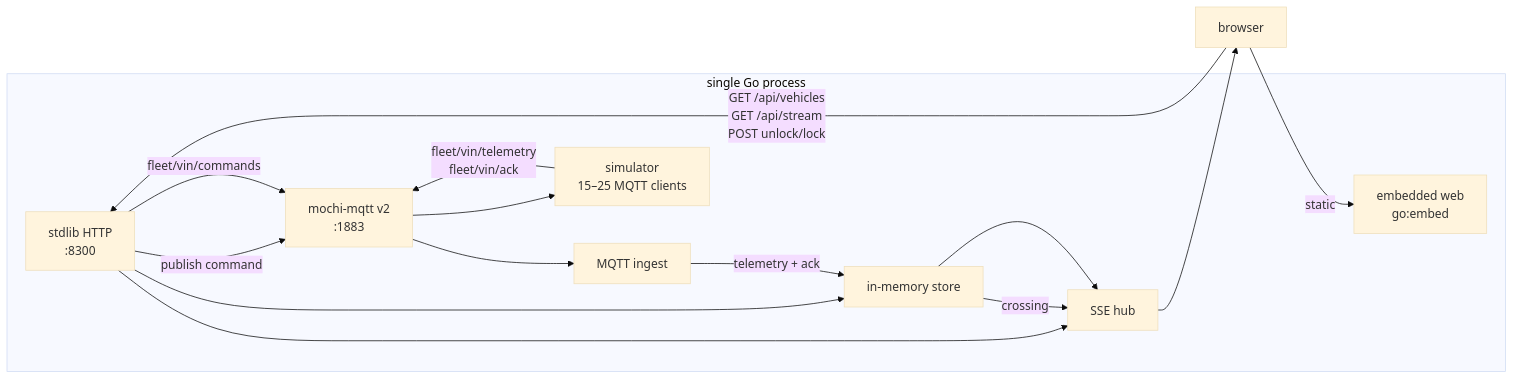
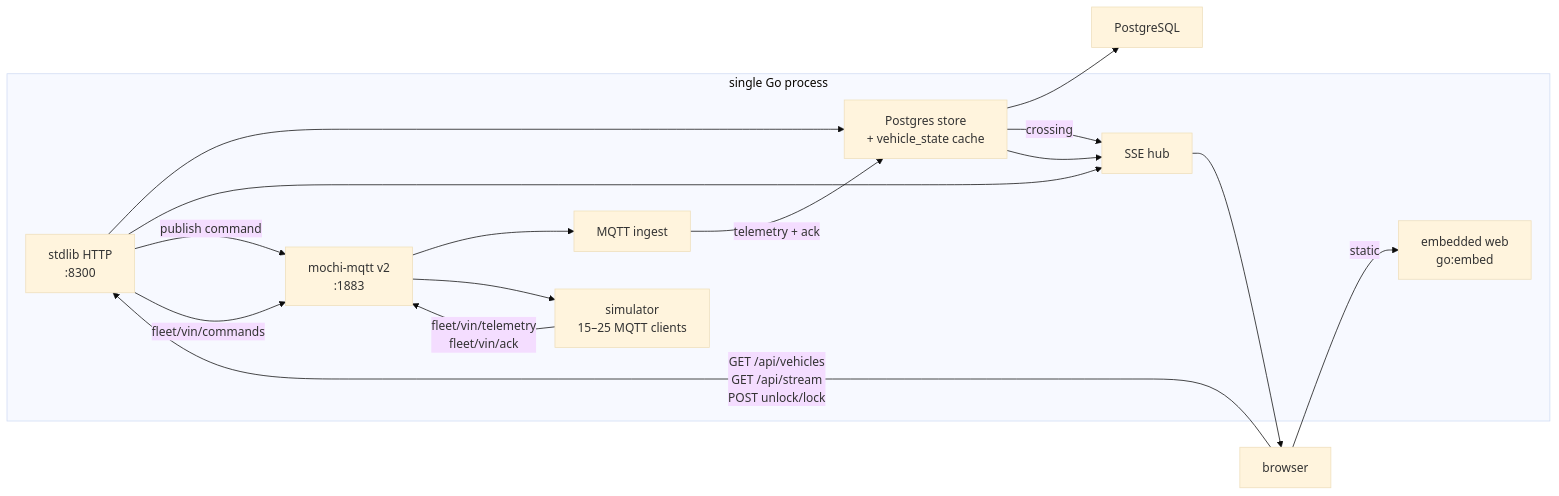
Before and after one commit to leohteixeira/fleet-pulse: the diagram in README.md, drawn with Mermaid (base theme). The commit also changed other lines of this file and 2 other files, not shown here.

Commit message:
docs: document postgres store and story 1

````diff
--- a/README.md
+++ b/README.md
@@ -21,25 +31,27 @@
 ```mermaid
 flowchart LR
   subgraph process["single Go process"]
     HTTP["stdlib HTTP\n:8300"]
     SSE["SSE hub"]
-    Store["in-memory store"]
+    Store["Postgres store\n+ vehicle_state cache"]
     Ingest["MQTT ingest"]
     Broker["mochi-mqtt v2\n:1883"]
     Sim["simulator\n15–25 MQTT clients"]
     UI["embedded web\ngo:embed"]
   end
+  PG["PostgreSQL"]
   Browser["browser"] -->|GET /api/vehicles\nGET /api/stream\nPOST unlock/lock| HTTP
   Browser -->|static| UI
   HTTP --> Store
+  Store --> PG
   HTTP --> SSE
   HTTP -->|publish command| Broker
   Ingest -->|telemetry + ack| Store
   Store -->|crossing| SSE
   Store --> SSE
   SSE --> Browser
   Sim -->|fleet/vin/telemetry\nfleet/vin/ack| Broker
   Broker --> Ingest
   HTTP -->|fleet/vin/commands| Broker
   Broker --> Sim
 ```
````
